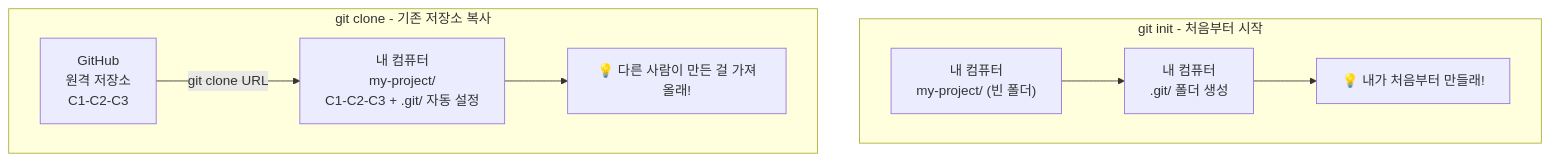
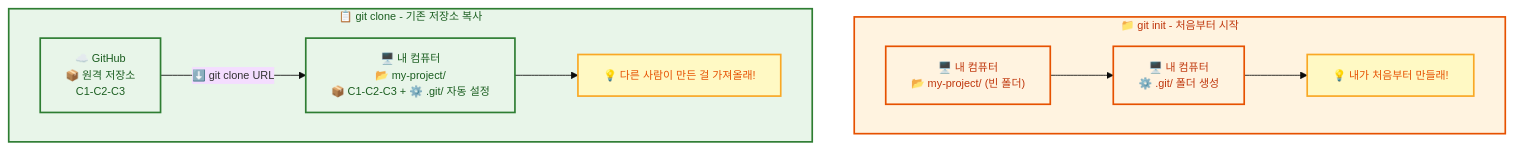
The first of 2 diagrams in git/02_기초/01_Git_시작하기.md (jingu279/Document), drawn with Mermaid before and after one commit. The commit also changed other lines of this file and 24 other files, not shown here.

First line of the commit message:
Git 문서 전체 Mermaid 다이어그램 스타일링 통일

````diff
--- a/git/02_기초/01_Git_시작하기.md
+++ b/git/02_기초/01_Git_시작하기.md
@@ -15,12 +15,24 @@
 ```mermaid
+%%{init: {'theme': 'base', 'themeVariables': {'fontSize': '13px'}}}%%
 flowchart TB
-  subgraph Init[git init - 처음부터 시작]
-    I1["내 컴퓨터<br/>my-project/ (빈 폴더)"] --> I2["내 컴퓨터<br/>.git/ 폴더 생성"]
+  subgraph Init["📁 git init - 처음부터 시작"]
+    I1["🖥️ 내 컴퓨터<br/>📂 my-project/ (빈 폴더)"] --> I2["🖥️ 내 컴퓨터<br/>⚙️ .git/ 폴더 생성"]
     I2 --> I3["💡 내가 처음부터 만들래!"]
   end
 
-  subgraph Clone[git clone - 기존 저장소 복사]
-    C1["GitHub<br/>원격 저장소<br/>C1-C2-C3"] -->|"git clone URL"| C2["내 컴퓨터<br/>my-project/<br/>C1-C2-C3 + .git/ 자동 설정"]
+  subgraph Clone["📋 git clone - 기존 저장소 복사"]
+    C1["☁️ GitHub<br/>📦 원격 저장소<br/>C1-C2-C3"] -->|"⬇️ git clone URL"| C2["🖥️ 내 컴퓨터<br/>📂 my-project/<br/>📦 C1-C2-C3 + ⚙️ .git/ 자동 설정"]
     C2 --> C3["💡 다른 사람이 만든 걸 가져올래!"]
   end
+
+  classDef main fill:#fff3e0,stroke:#e65100,stroke-width:2px,color:#bf360c
+  classDef sub fill:#e8f5e9,stroke:#2e7d32,stroke-width:2px,color:#1b5e20
+  classDef proc fill:#e3f2fd,stroke:#1565c0,stroke-width:2px,color:#0d47a1
+  classDef decision fill:#fff9c4,stroke:#f9a825,stroke-width:2px,color:#e65100
+  classDef highlight fill:#f3e5f5,stroke:#6a1b9a,stroke-width:2px,color:#4a148c
+
+  class Init,I1,I2 main
+  class I3 decision
+  class Clone,C1,C2 sub
+  class C3 decision
 ```
````
